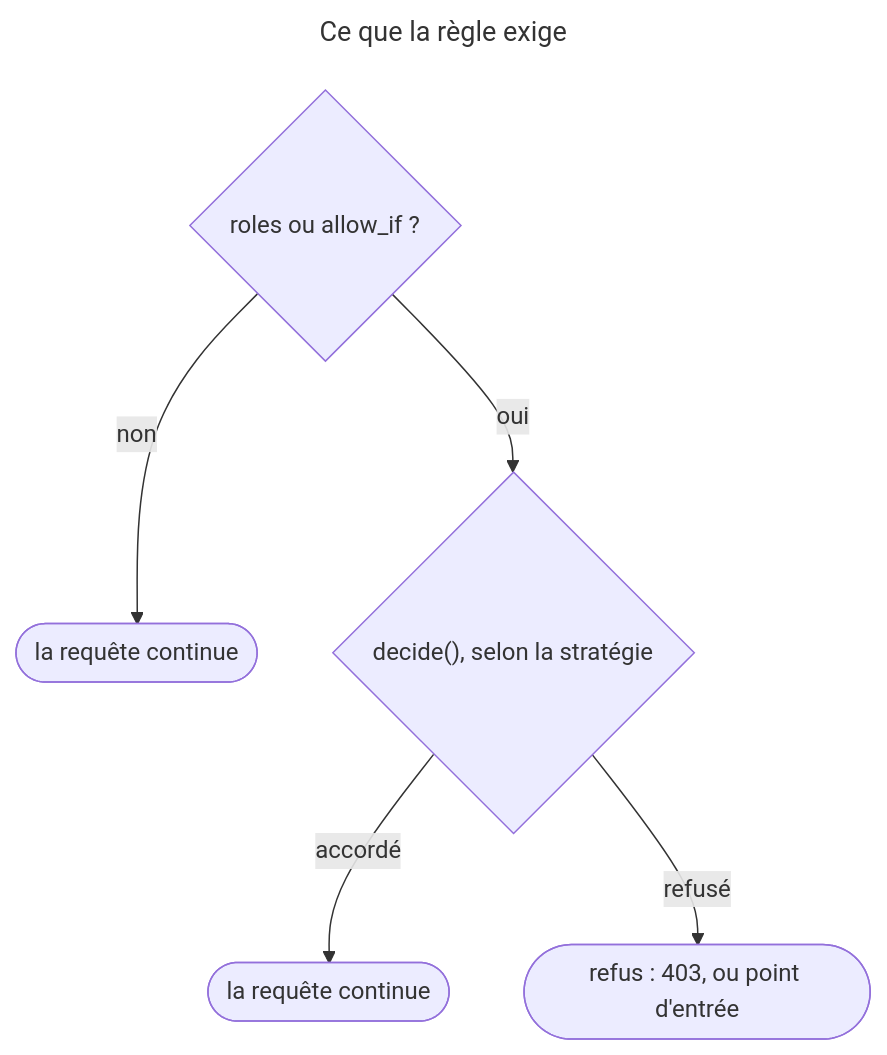
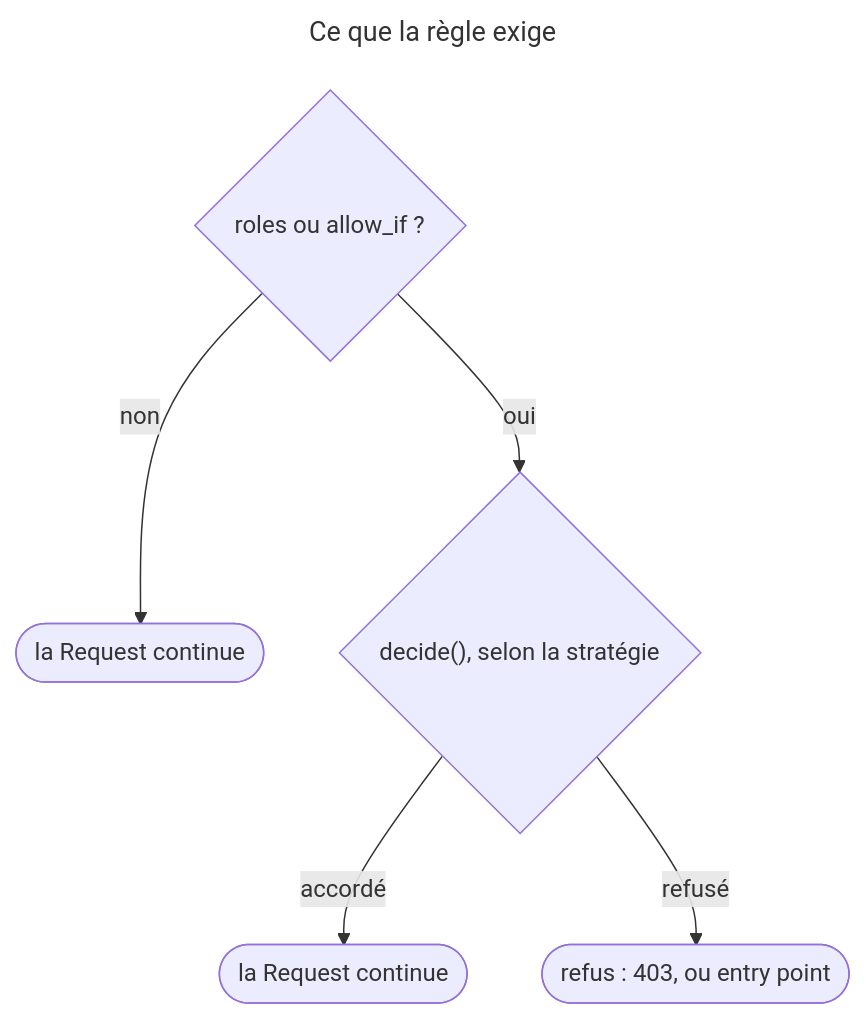
Before and after one commit to jasserYahyaoui/Symfony-8-Certification-Path: the second of 2 diagrams in content/courses/CRS-2ec5yksjfm9s.md, drawn with Mermaid. The commit also changed other lines of this file and 207 other files, not shown here.

````diff
--- a/content/courses/CRS-2ec5yksjfm9s.md
+++ b/content/courses/CRS-2ec5yksjfm9s.md
@@ -113,12 +113,12 @@
 ```mermaid
 ---
 title: Ce que la règle exige
 ---
 flowchart TD
   accTitle: Comment access_control applique les exigences d'une règle
-  accDescr: Une règle sans roles ni allow_if laisse passer. Sinon roles et allow_if sont passés ensemble à decide(), avec la requête pour sujet, et la stratégie tranche. Accordé, la requête continue. Refusé, une AccessDeniedException donne 403 à un utilisateur connu, et le point d'entrée à un anonyme.
-  ATTR{"roles ou allow_if ?"} -->|"non"| PASS(["la requête continue"])
+  accDescr: Une règle sans roles ni allow_if laisse passer. Sinon roles et allow_if sont passés ensemble à decide(), avec la Request pour sujet, et la stratégie tranche. Accordé, la Request continue. Refusé, une AccessDeniedException donne 403 à un user connu, et l'entry point à un anonyme.
+  ATTR{"roles ou allow_if ?"} -->|"non"| PASS(["la Request continue"])
   ATTR -->|"oui"| DEC{"decide(), selon la stratégie"}
-  DEC -->|"accordé"| GO(["la requête continue"])
-  DEC -->|"refusé"| DENY(["refus : 403, ou point d'entrée"])
+  DEC -->|"accordé"| GO(["la Request continue"])
+  DEC -->|"refusé"| DENY(["refus : 403, ou entry point"])
 ```
````
